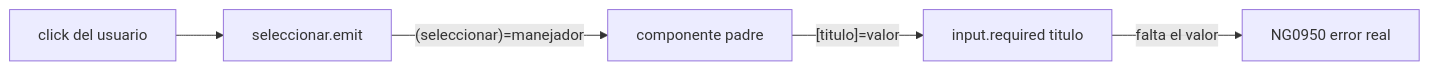
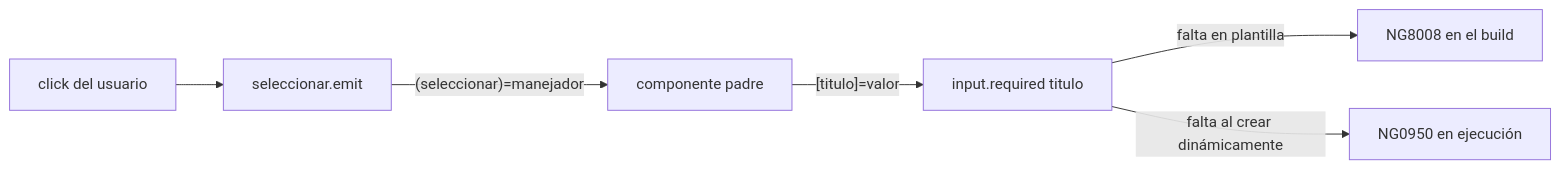
One commit to NICORUIZ93/The_Imperial_Book changed the first of 4 diagrams in web/public/content/angular/modulo-1.md. Above: the diagram before and after it, drawn with Mermaid. The commit also changed other lines of this file and 33 other files, not shown here.

````diff
--- a/web/public/content/angular/modulo-1.md
+++ b/web/public/content/angular/modulo-1.md
@@ -34,7 +34,8 @@
 ```mermaid
 flowchart LR
   P["componente padre"] -->|"[titulo]=valor"| I["input.required titulo"]
-  I -->|"falta el valor"| E["NG0950 error real"]
+  I -->|"falta en plantilla"| E["NG8008 en el build"]
+  I -->|"falta al crear dinámicamente"| F["NG0950 en ejecución"]
   C["click del usuario"] --> O["seleccionar.emit"]
   O -->|"(seleccionar)=manejador"| P
 ```
````
